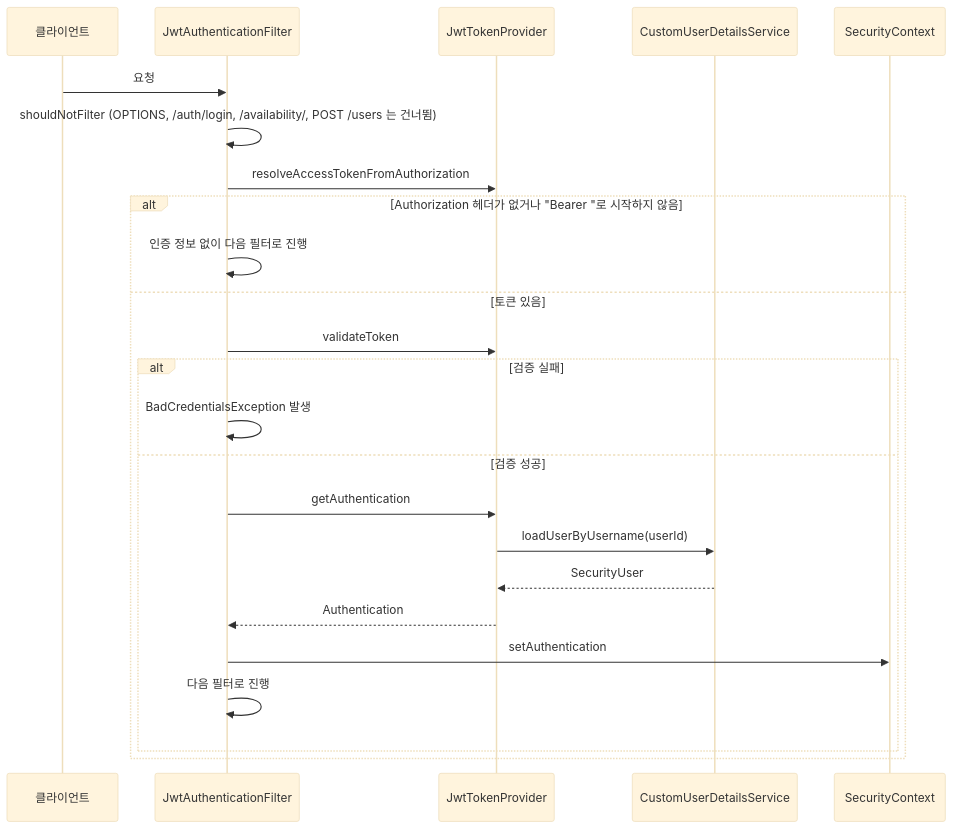
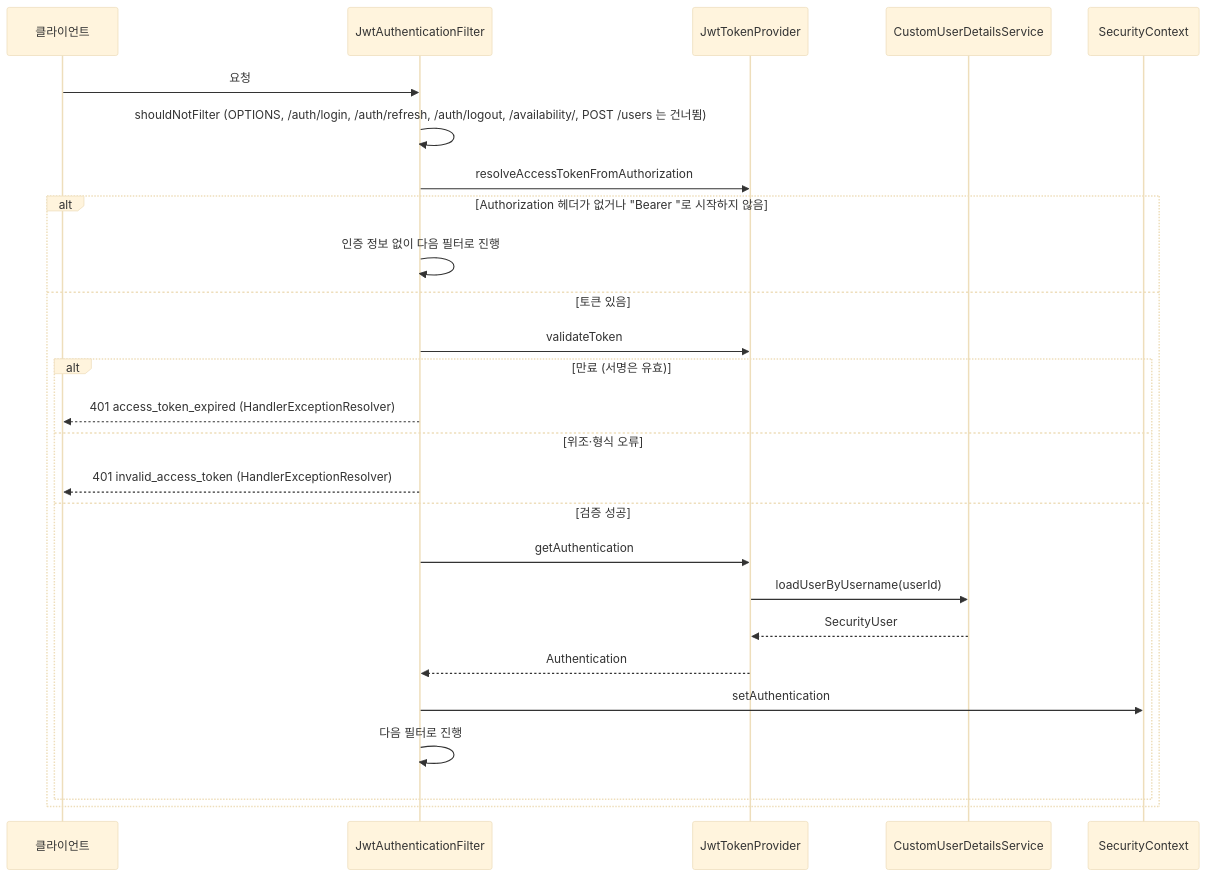
One commit to dragonwaterr/KTB_robin_Full_Community changed the third of 4 diagrams in docs/architecture.md. Above: the diagram before and after it, drawn with Mermaid (base theme). The commit also changed other lines of this file and 2 other files, not shown here.

Commit message:
docs: 토큰 재발급·로그아웃 권한과 만료 응답 반영

````diff
--- a/docs/architecture.md
+++ b/docs/architecture.md
@@ -93,27 +93,29 @@
 ```mermaid
 sequenceDiagram
     participant C as 클라이언트
     participant F as JwtAuthenticationFilter
     participant P as JwtTokenProvider
     participant U as CustomUserDetailsService
     participant Ctx as SecurityContext
 
     C->>F: 요청
-    F->>F: shouldNotFilter (OPTIONS, /auth/login, /availability/, POST /users 는 건너뜀)
+    F->>F: shouldNotFilter (OPTIONS, /auth/login, /auth/refresh, /auth/logout, /availability/, POST /users 는 건너뜀)
     F->>P: resolveAccessTokenFromAuthorization
     alt Authorization 헤더가 없거나 "Bearer "로 시작하지 않음
         F->>F: 인증 정보 없이 다음 필터로 진행
     else 토큰 있음
         F->>P: validateToken
-        alt 검증 실패
-            F->>F: BadCredentialsException 발생
+        alt 만료 (서명은 유효)
+            F-->>C: 401 access_token_expired (HandlerExceptionResolver)
+        else 위조·형식 오류
+            F-->>C: 401 invalid_access_token (HandlerExceptionResolver)
         else 검증 성공
             F->>P: getAuthentication
             P->>U: loadUserByUsername(userId)
             U-->>P: SecurityUser
             P-->>F: Authentication
             F->>Ctx: setAuthentication
             F->>F: 다음 필터로 진행
         end
     end
 ```
````
